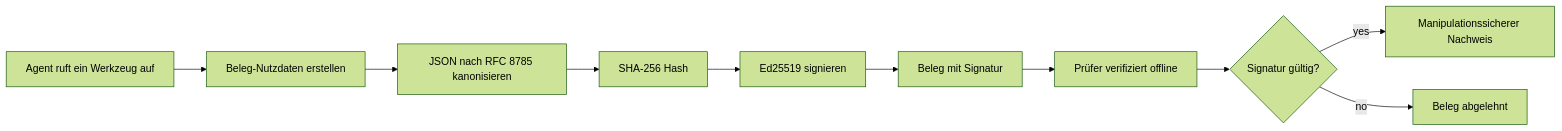
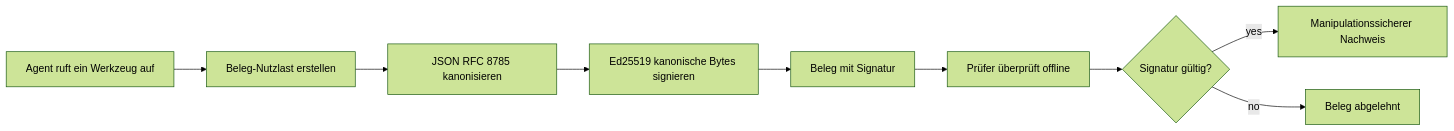
One commit to microsoft/ai-agents-for-beginners changed the first of 2 diagrams in translations/de/18-securing-ai-agents/README.md. Above: the diagram before and after it, drawn with Mermaid (forest theme). The commit also changed other lines of this file and 47 other files, not shown here.

````diff
--- a/translations/de/18-securing-ai-agents/README.md
+++ b/translations/de/18-securing-ai-agents/README.md
@@ -51,12 +51,11 @@
 ```mermaid
 flowchart LR
-    A[Agent ruft ein Werkzeug auf] --> B[Beleg-Nutzdaten erstellen]
-    B --> C[JSON nach RFC 8785 kanonisieren]
-    C --> D[SHA-256 Hash]
-    D --> E[Ed25519 signieren]
+    A[Agent ruft ein Werkzeug auf] --> B[Beleg-Nutzlast erstellen]
+    B --> C[JSON RFC 8785 kanonisieren]
+    C --> E[Ed25519 kanonische Bytes signieren]
     E --> F[Beleg mit Signatur]
-    F --> G[Prüfer verifiziert offline]
+    F --> G[Prüfer überprüft offline]
     G --> H{Signatur gültig?}
     H -- yes --> I[Manipulationssicherer Nachweis]
     H -- no --> J[Beleg abgelehnt]
 ```
````
